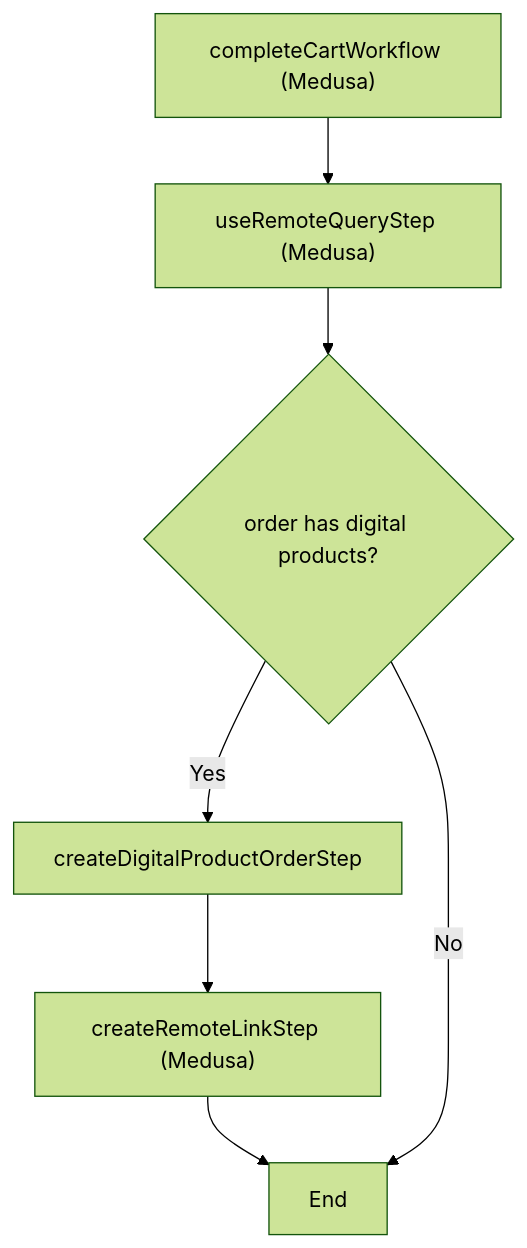
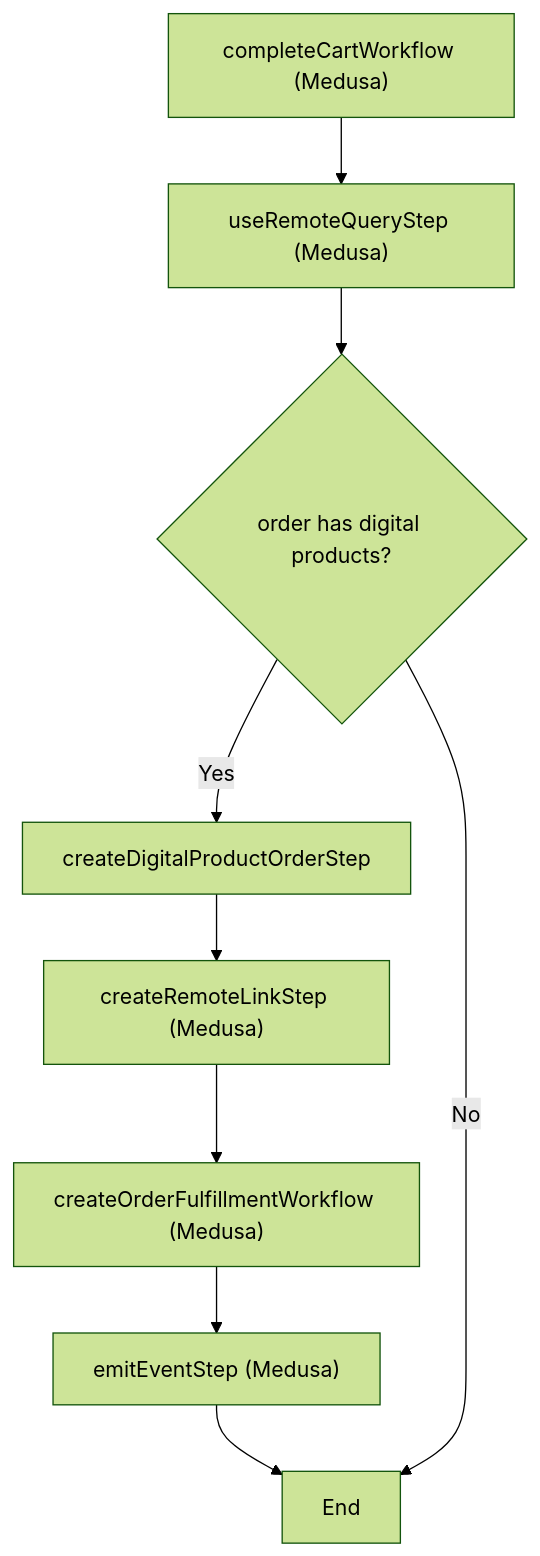
Before and after one commit to medusajs/medusa: the second of 2 diagrams in www/apps/resources/app/recipes/digital-products/examples/standard/page.mdx, drawn with Mermaid (forest theme). The commit also changed other lines of this file, not shown here.

````diff
--- a/www/apps/resources/app/recipes/digital-products/examples/standard/page.mdx
+++ b/www/apps/resources/app/recipes/digital-products/examples/standard/page.mdx
@@ -1441,9 +1559,11 @@
 ```mermaid
 graph TD
   completeCartWorkflow["completeCartWorkflow (Medusa)"] --> useRemoteQueryStep["useRemoteQueryStep (Medusa)"]
   useRemoteQueryStep --> when{order has digital products?}
   when -->|Yes| createDigitalProductOrderStep
   createDigitalProductOrderStep --> createRemoteLinkStep["createRemoteLinkStep (Medusa)"]
-  createRemoteLinkStep --> End
+  createRemoteLinkStep --> createOrderFulfillmentWorkflow["createOrderFulfillmentWorkflow (Medusa)"]
+  createOrderFulfillmentWorkflow --> emitEventStep["emitEventStep (Medusa)"]
+  emitEventStep --> End
   when -->|No| End
 ```
````
